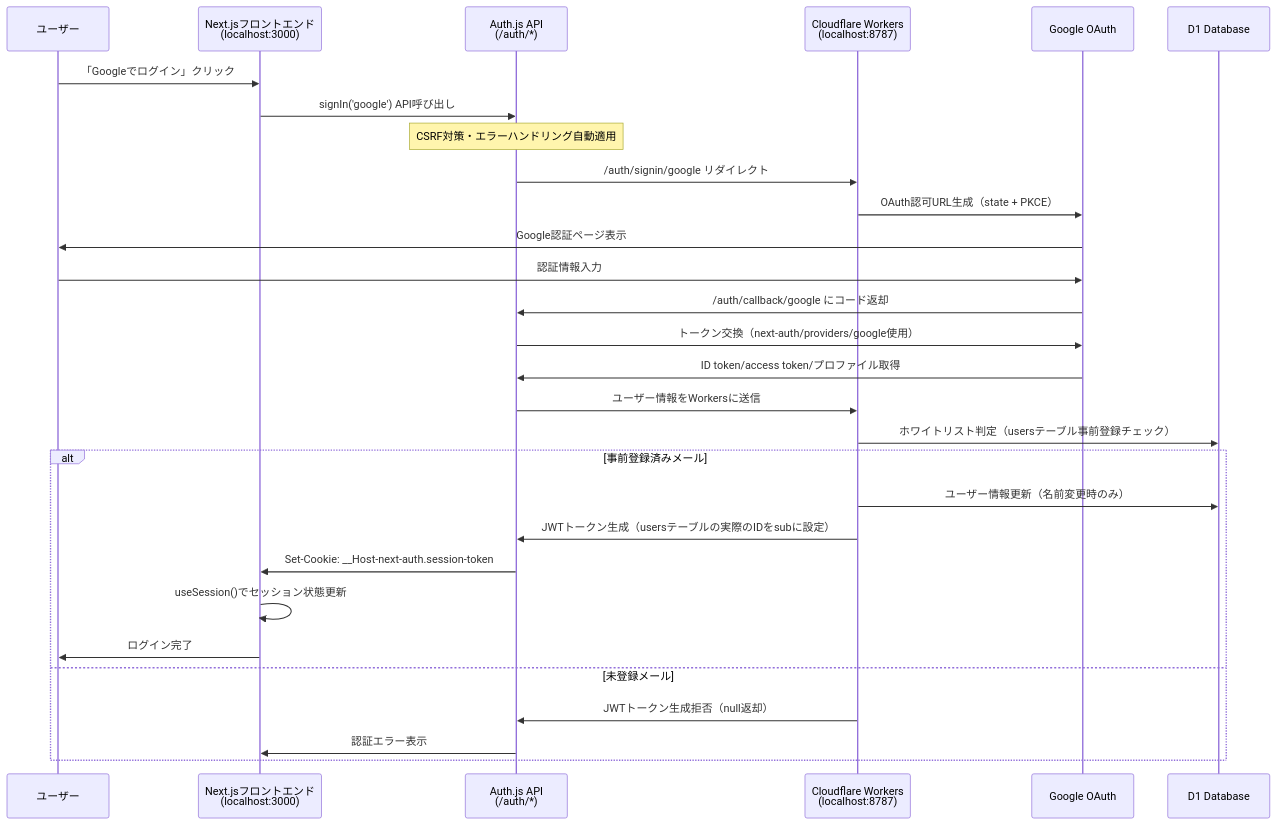
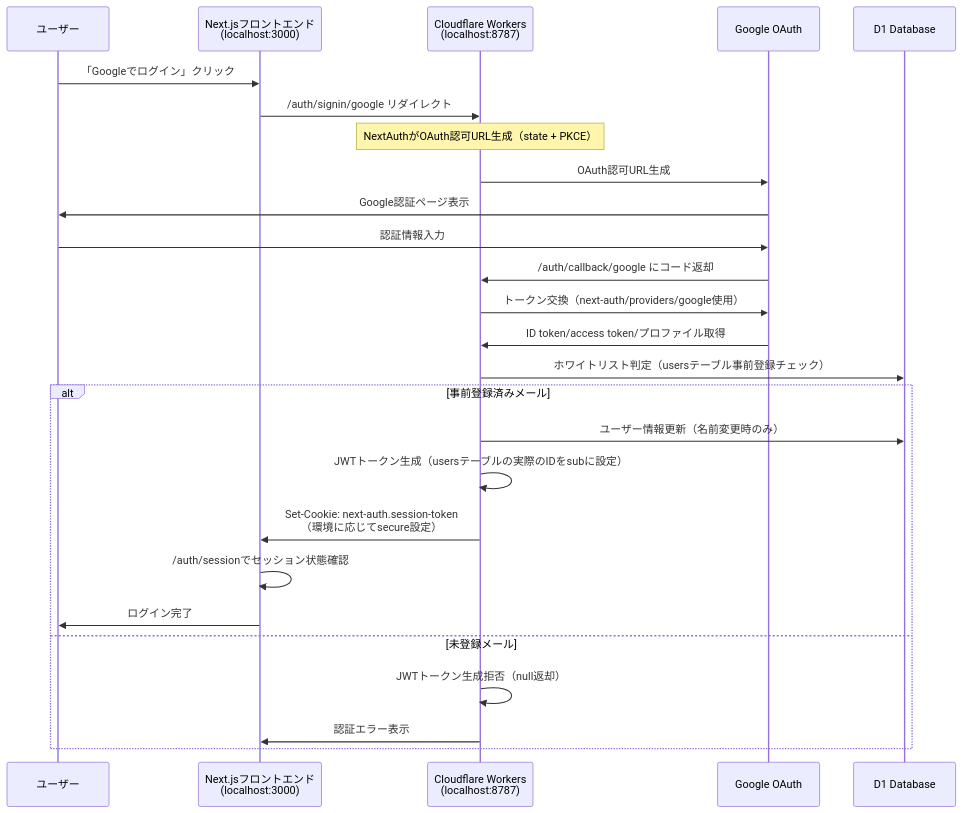
One commit to Toho-MLM/mlm-dx changed the diagram in README.md. Above: the diagram before and after it, drawn with Mermaid. The commit also changed other lines of this file and 8 other files, not shown here.

Commit message:
Refactor authentication to use worker-side NextAuth

````diff
--- a/README.md
+++ b/README.md
@@ -370,32 +390,29 @@
 ```mermaid
 sequenceDiagram
     participant U as ユーザー
     participant F as Next.jsフロントエンド<br/>(localhost:3000)
-    participant A as Auth.js API<br/>(/auth/*)
     participant W as Cloudflare Workers<br/>(localhost:8787)
     participant G as Google OAuth
     participant D as D1 Database
 
     U->>F: 「Googleでログイン」クリック
-    F->>A: signIn('google') API呼び出し
-    Note over A: CSRF対策・エラーハンドリング自動適用
-    A->>W: /auth/signin/google リダイレクト
-    W->>G: OAuth認可URL生成（state + PKCE）
+    F->>W: /auth/signin/google リダイレクト
+    Note over W: NextAuthがOAuth認可URL生成（state + PKCE）
+    W->>G: OAuth認可URL生成
     G->>U: Google認証ページ表示
     U->>G: 認証情報入力
-    G->>A: /auth/callback/google にコード返却
-    A->>G: トークン交換（next-auth/providers/google使用）
-    G->>A: ID token/access token/プロファイル取得
-    A->>W: ユーザー情報をWorkersに送信
+    G->>W: /auth/callback/google にコード返却
+    W->>G: トークン交換（next-auth/providers/google使用）
+    G->>W: ID token/access token/プロファイル取得
     W->>D: ホワイトリスト判定（usersテーブル事前登録チェック）
     alt 事前登録済みメール
         W->>D: ユーザー情報更新（名前変更時のみ）
-        W->>A: JWTトークン生成（usersテーブルの実際のIDをsubに設定）
-        A->>F: Set-Cookie: __Host-next-auth.session-token
-        F->>F: useSession()でセッション状態更新
+        W->>W: JWTトークン生成（usersテーブルの実際のIDをsubに設定）
+        W->>F: Set-Cookie: next-auth.session-token<br/>（環境に応じてsecure設定）
+        F->>F: /auth/sessionでセッション状態確認
         F->>U: ログイン完了
     else 未登録メール
-        W->>A: JWTトークン生成拒否（null返却）
-        A->>F: 認証エラー表示
+        W->>W: JWTトークン生成拒否（null返却）
+        W->>F: 認証エラー表示
     end
 ```
````
